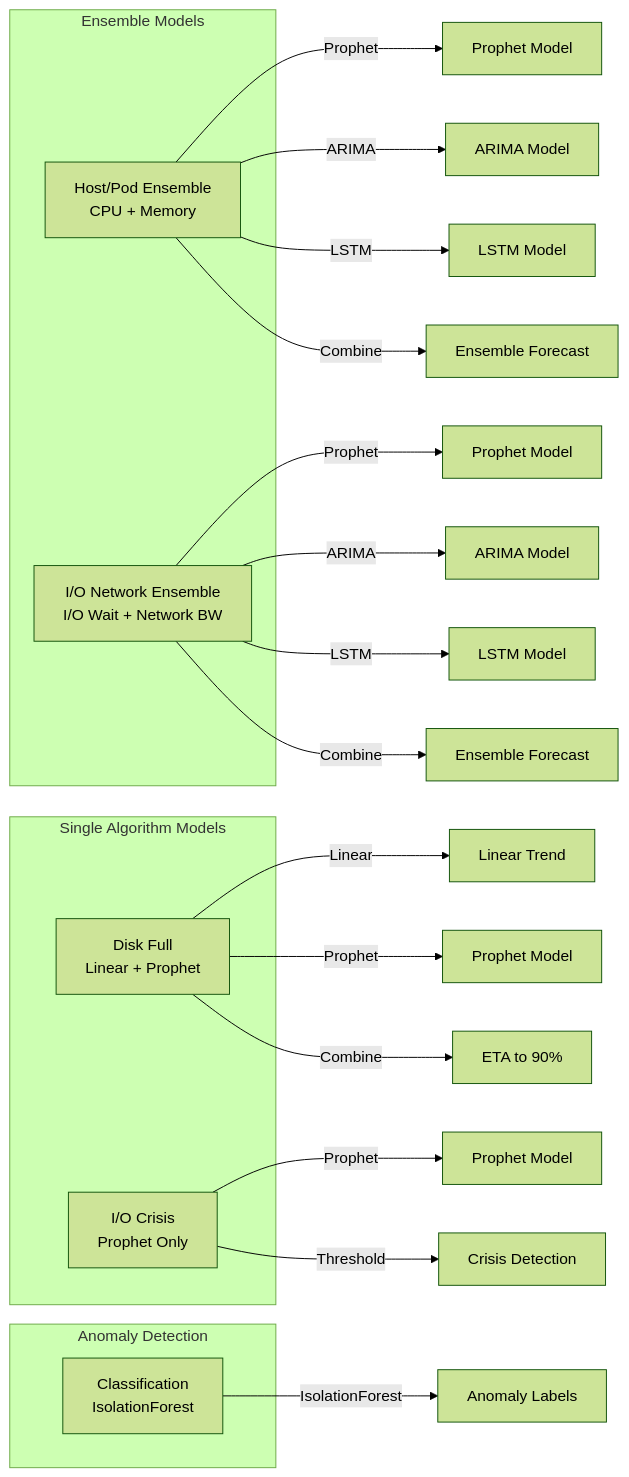
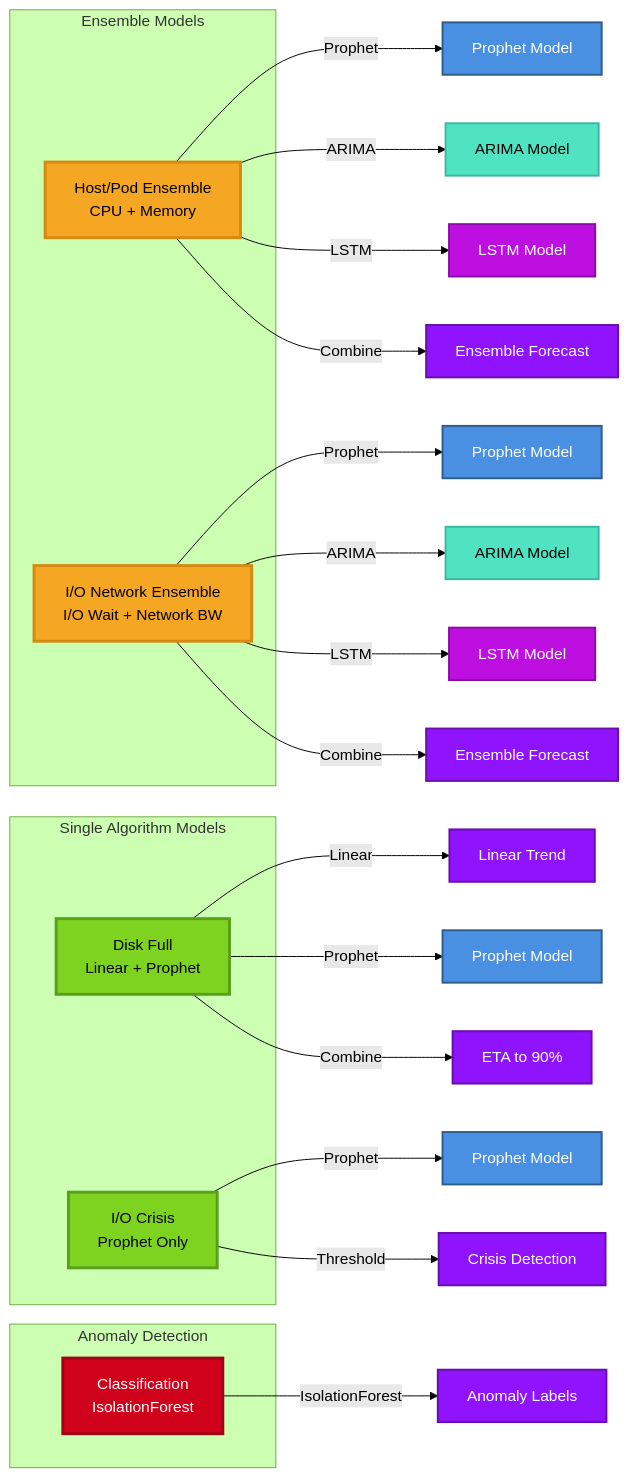
Before and after one commit to k8sautom8/metrics-ml: the second of 11 diagrams in Docs/VISUAL_ARCHITECTURE_GUIDE.md, drawn with Mermaid (forest theme). The commit also changed other lines of this file, not shown here.

````diff
--- a/Docs/VISUAL_ARCHITECTURE_GUIDE.md
+++ b/Docs/VISUAL_ARCHITECTURE_GUIDE.md
@@ -91,35 +121,51 @@
 ```mermaid
 graph LR
     subgraph "Ensemble Models"
         HPE[Host/Pod Ensemble<br/>CPU + Memory]
         IOE[I/O Network Ensemble<br/>I/O Wait + Network BW]
     end
     
     subgraph "Single Algorithm Models"
         DFM[Disk Full<br/>Linear + Prophet]
         IOC[I/O Crisis<br/>Prophet Only]
     end
     
     subgraph "Anomaly Detection"
         CLS[Classification<br/>IsolationForest]
     end
     
     HPE --> |Prophet| P1[Prophet Model]
     HPE --> |ARIMA| A1[ARIMA Model]
     HPE --> |LSTM| L1[LSTM Model]
     HPE --> |Combine| E1[Ensemble Forecast]
     
     IOE --> |Prophet| P2[Prophet Model]
     IOE --> |ARIMA| A2[ARIMA Model]
     IOE --> |LSTM| L2[LSTM Model]
     IOE --> |Combine| E2[Ensemble Forecast]
     
     DFM --> |Linear| LT[Linear Trend]
     DFM --> |Prophet| P3[Prophet Model]
     DFM --> |Combine| E3[ETA to 90%]
     
     IOC --> |Prophet| P4[Prophet Model]
     IOC --> |Threshold| CR[Crisis Detection]
     
     CLS --> |IsolationForest| IF[Anomaly Labels]
+    
+    classDef ensemble fill:#F5A623,stroke:#D68910,stroke-width:3px,color:#000
+    classDef singleAlgo fill:#7ED321,stroke:#5A9F1A,stroke-width:3px,color:#000
+    classDef anomaly fill:#D0021B,stroke:#A00115,stroke-width:3px,color:#fff
+    classDef prophet fill:#4A90E2,stroke:#2E5C8A,stroke-width:2px,color:#fff
+    classDef arima fill:#50E3C2,stroke:#3AB89F,stroke-width:2px,color:#000
+    classDef lstm fill:#BD10E0,stroke:#8B0DA8,stroke-width:2px,color:#fff
+    classDef output fill:#9013FE,stroke:#6A0DAD,stroke-width:2px,color:#fff
+    
+    class HPE,IOE ensemble
+    class DFM,IOC singleAlgo
+    class CLS anomaly
+    class P1,P2,P3,P4 prophet
+    class A1,A2 arima
+    class L1,L2 lstm
+    class E1,E2,E3,CR,LT,IF output
 ```
````
